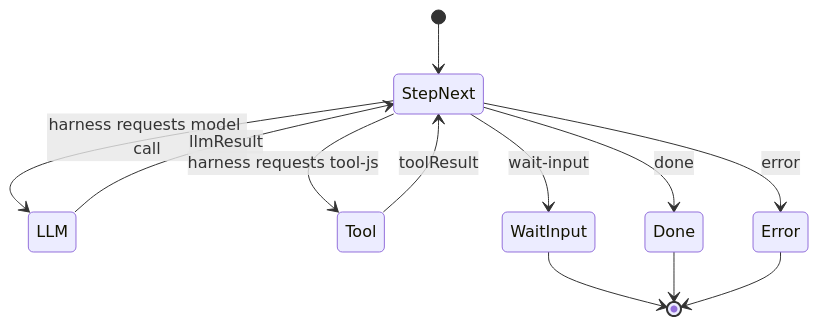
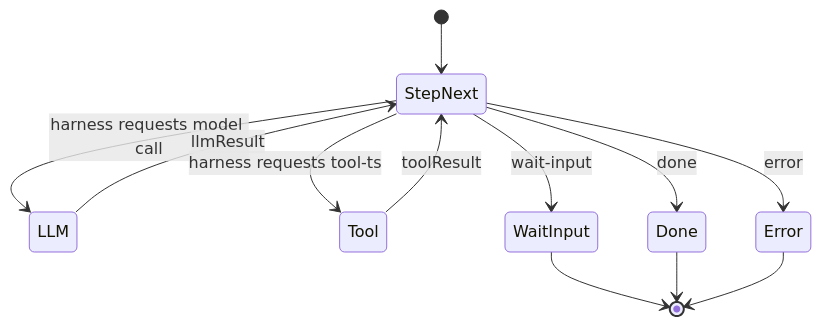
Before and after one commit to pcarrier/moo: the eighth of 22 diagrams in docs/harness-walkthrough.md, drawn with Mermaid. The commit also changed other lines of this file and 104 other files, not shown here.

````diff
--- a/docs/harness-walkthrough.md
+++ b/docs/harness-walkthrough.md
@@ -249,18 +249,18 @@
 ```mermaid
 stateDiagram-v2
   [*] --> StepNext
 
   StepNext --> LLM: harness requests model call
   LLM --> StepNext: llmResult
 
-  StepNext --> Tool: harness requests tool-js
+  StepNext --> Tool: harness requests tool-ts
   Tool --> StepNext: toolResult
 
   StepNext --> WaitInput: wait-input
   StepNext --> Done: done
   StepNext --> Error: error
 
   WaitInput --> [*]
   Done --> [*]
   Error --> [*]
 ```
````
